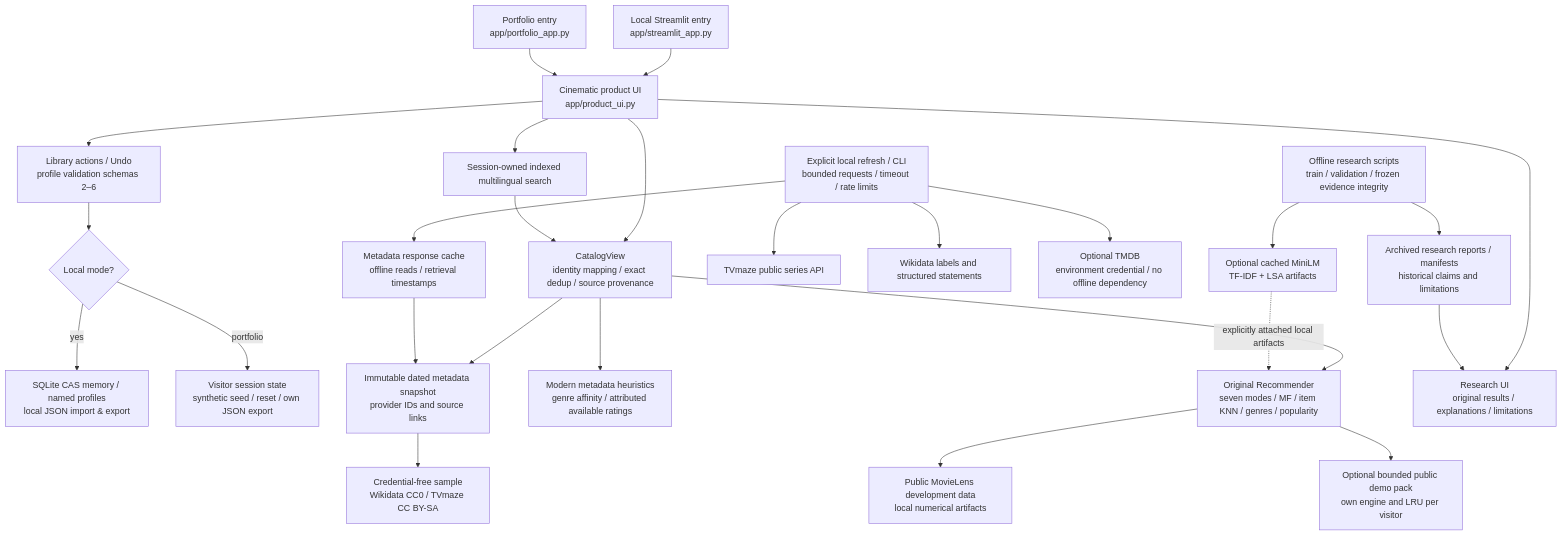
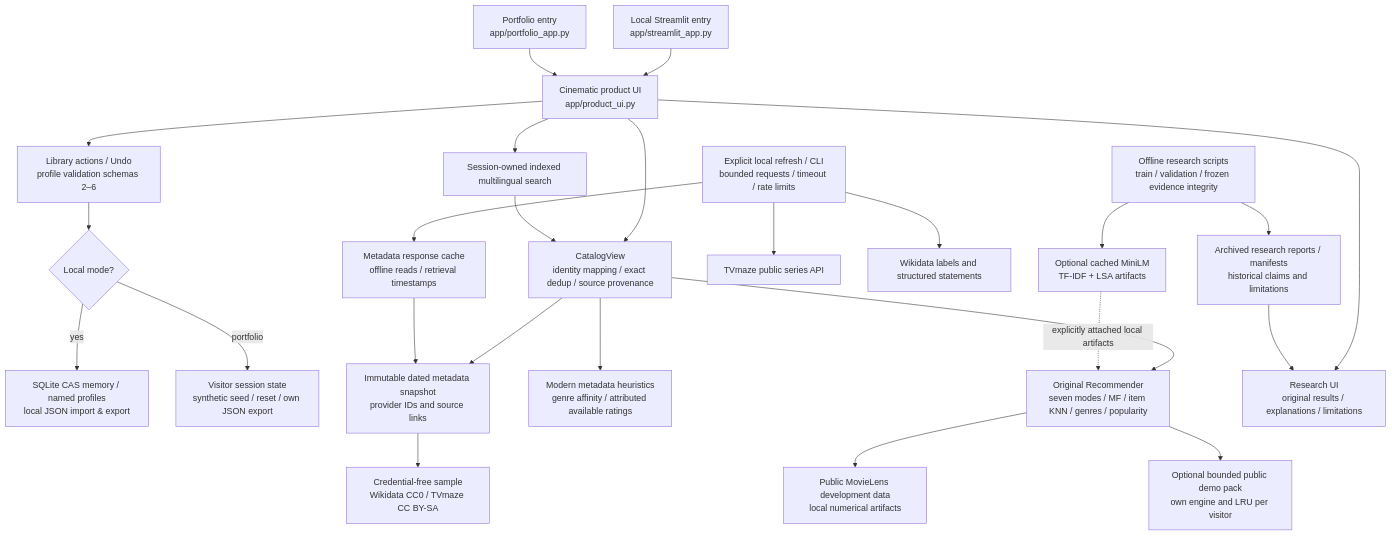
The diagram in docs/architecture-v14.md (Bandoof/CineMatch), drawn with Mermaid before and after one commit. The commit also changed 26 other files, not shown here.

````diff
--- a/docs/architecture-v14.md
+++ b/docs/architecture-v14.md
@@ -3,28 +3,27 @@
 ```mermaid
 flowchart TD
     Local[Local Streamlit entry<br/>app/streamlit_app.py] --> UI[Cinematic product UI<br/>app/product_ui.py]
     Demo[Portfolio entry<br/>app/portfolio_app.py] --> UI
     UI --> Actions[Library actions / Undo<br/>profile validation schemas 2–6]
     Actions --> LocalGate{Local mode?}
     LocalGate -->|yes| SQLite[SQLite CAS memory / named profiles<br/>local JSON import & export]
     LocalGate -->|portfolio| Visitor[Visitor session state<br/>synthetic seed / reset / own JSON export]
     UI --> Facade[CatalogView<br/>identity mapping / exact dedup / source provenance]
     UI --> Search[Session-owned indexed multilingual search]
     Search --> Facade
     Facade --> Historical[Original Recommender<br/>seven modes / MF / item KNN / genres / popularity]
     Facade --> Heuristics[Modern metadata heuristics<br/>genre affinity / attributed available ratings]
     Historical --> LocalData[Public MovieLens development data<br/>local numerical artifacts]
     Historical --> DemoPack[Optional bounded public demo pack<br/>own engine and LRU per visitor]
     Facade --> Catalog[Immutable dated metadata snapshot<br/>provider IDs and source links]
     Catalog --> Sample[Credential-free sample<br/>Wikidata CC0 / TVmaze CC BY-SA]
     Refresh[Explicit local refresh / CLI<br/>bounded requests / timeout / rate limits] --> Cache[Metadata response cache<br/>offline reads / retrieval timestamps]
     Cache --> Catalog
     Refresh --> TV[TVmaze public series API]
     Refresh --> Wiki[Wikidata labels and structured statements]
-    Refresh --> TMDB[Optional TMDB<br/>environment credential / no offline dependency]
     Research[Offline research scripts<br/>train / validation / frozen evidence integrity] --> Evidence[Archived research reports / manifests<br/>historical claims and limitations]
     Research --> Embeddings[Optional cached MiniLM<br/>TF-IDF + LSA artifacts]
     Embeddings -. explicitly attached local artifacts .-> Historical
     UI --> Lab[Research UI<br/>original results / explanations / limitations]
     Evidence --> Lab
 ```
````
